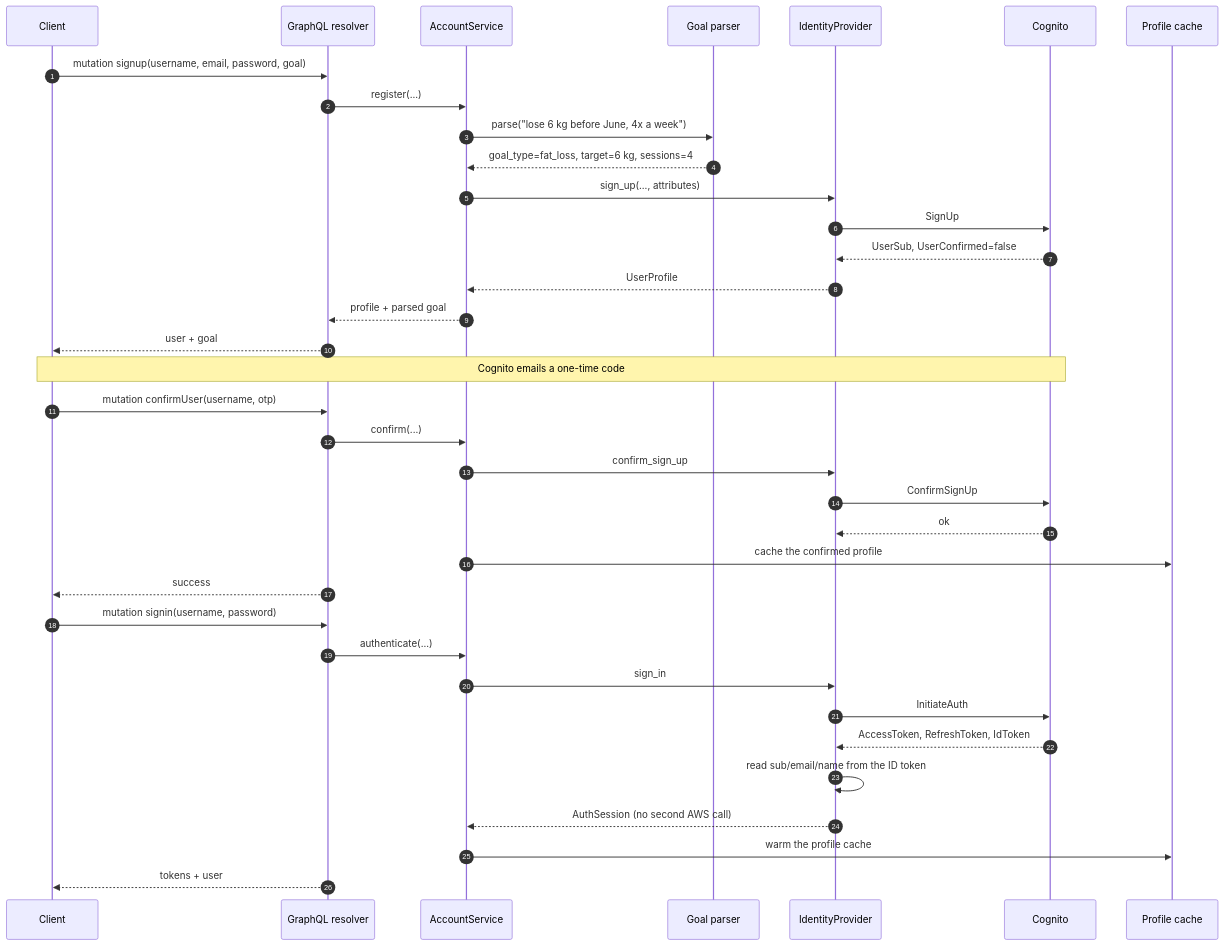
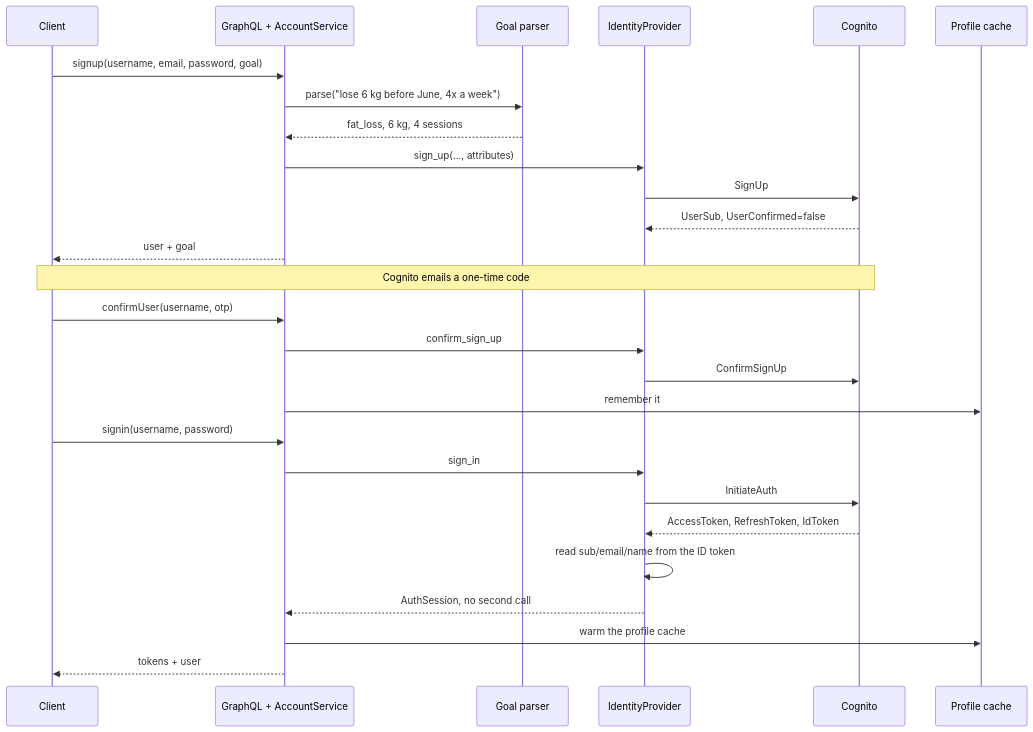
One commit to TCMS31/altercall-fitness changed the diagram in README.md. Above: the diagram before and after it, drawn with Mermaid. The commit also changed other lines of this file, not shown here.

````diff
--- a/README.md
+++ b/README.md
@@ -82,42 +60,29 @@
 ```mermaid
 sequenceDiagram
-    autonumber
     participant C as Client
-    participant G as GraphQL resolver
-    participant S as AccountService
+    participant G as GraphQL + AccountService
     participant P as Goal parser
     participant I as IdentityProvider
     participant X as Cognito
     participant K as Profile cache
-
-    C->>G: mutation signup(username, email, password, goal)
-    G->>S: register(...)
-    S->>P: parse("lose 6 kg before June, 4x a week")
-    P-->>S: goal_type=fat_loss, target=6 kg, sessions=4
-    S->>I: sign_up(..., attributes)
+    C->>G: signup(username, email, password, goal)
+    G->>P: parse("lose 6 kg before June, 4x a week")
+    P-->>G: fat_loss, 6 kg, 4 sessions
+    G->>I: sign_up(..., attributes)
     I->>X: SignUp
     X-->>I: UserSub, UserConfirmed=false
-    I-->>S: UserProfile
-    S-->>G: profile + parsed goal
     G-->>C: user + goal
-
     Note over C,X: Cognito emails a one-time code
-
-    C->>G: mutation confirmUser(username, otp)
-    G->>S: confirm(...)
-    S->>I: confirm_sign_up
+    C->>G: confirmUser(username, otp)
+    G->>I: confirm_sign_up
     I->>X: ConfirmSignUp
-    X-->>I: ok
-    S->>K: cache the confirmed profile
-    G-->>C: success
-
-    C->>G: mutation signin(username, password)
-    G->>S: authenticate(...)
-    S->>I: sign_in
+    G->>K: remember it
+    C->>G: signin(username, password)
+    G->>I: sign_in
     I->>X: InitiateAuth
     X-->>I: AccessToken, RefreshToken, IdToken
     I->>I: read sub/email/name from the ID token
-    I-->>S: AuthSession (no second AWS call)
-    S->>K: warm the profile cache
+    I-->>G: AuthSession, no second call
+    G->>K: warm the profile cache
     G-->>C: tokens + user
 ```
````
